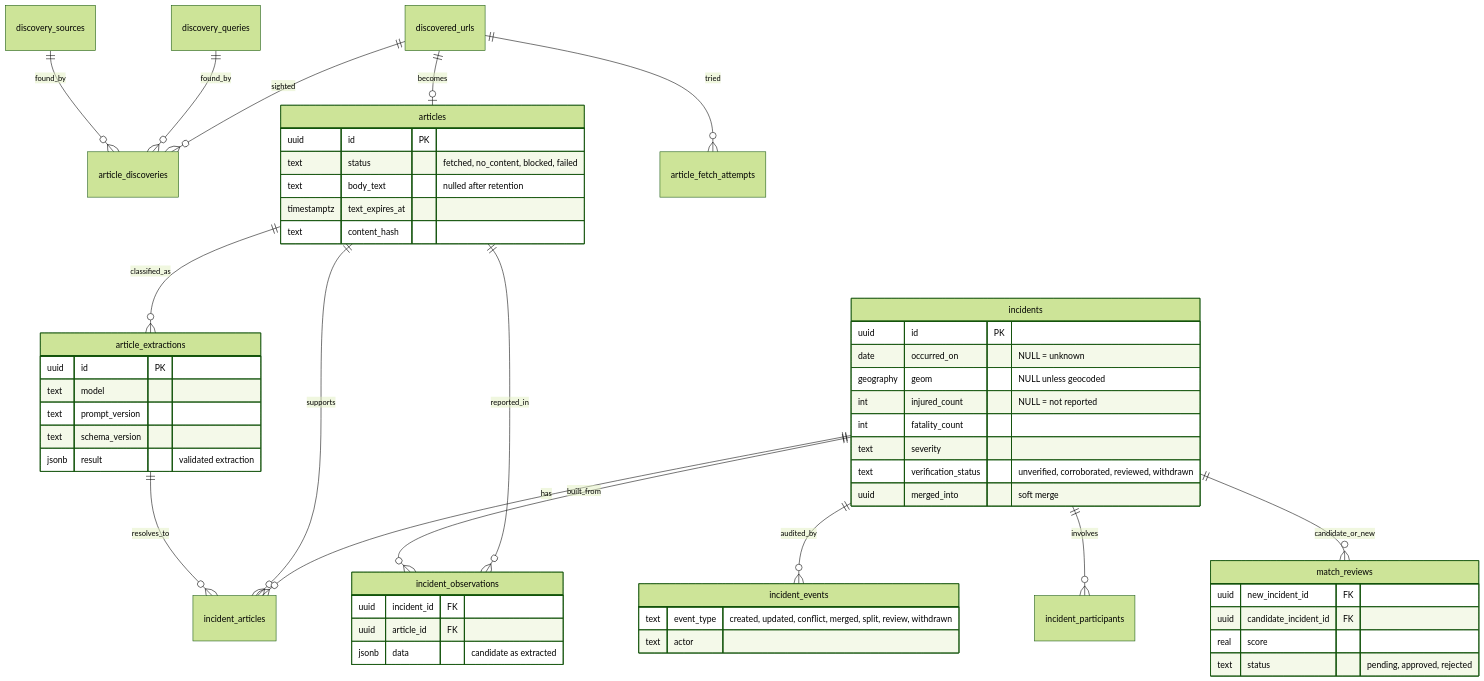
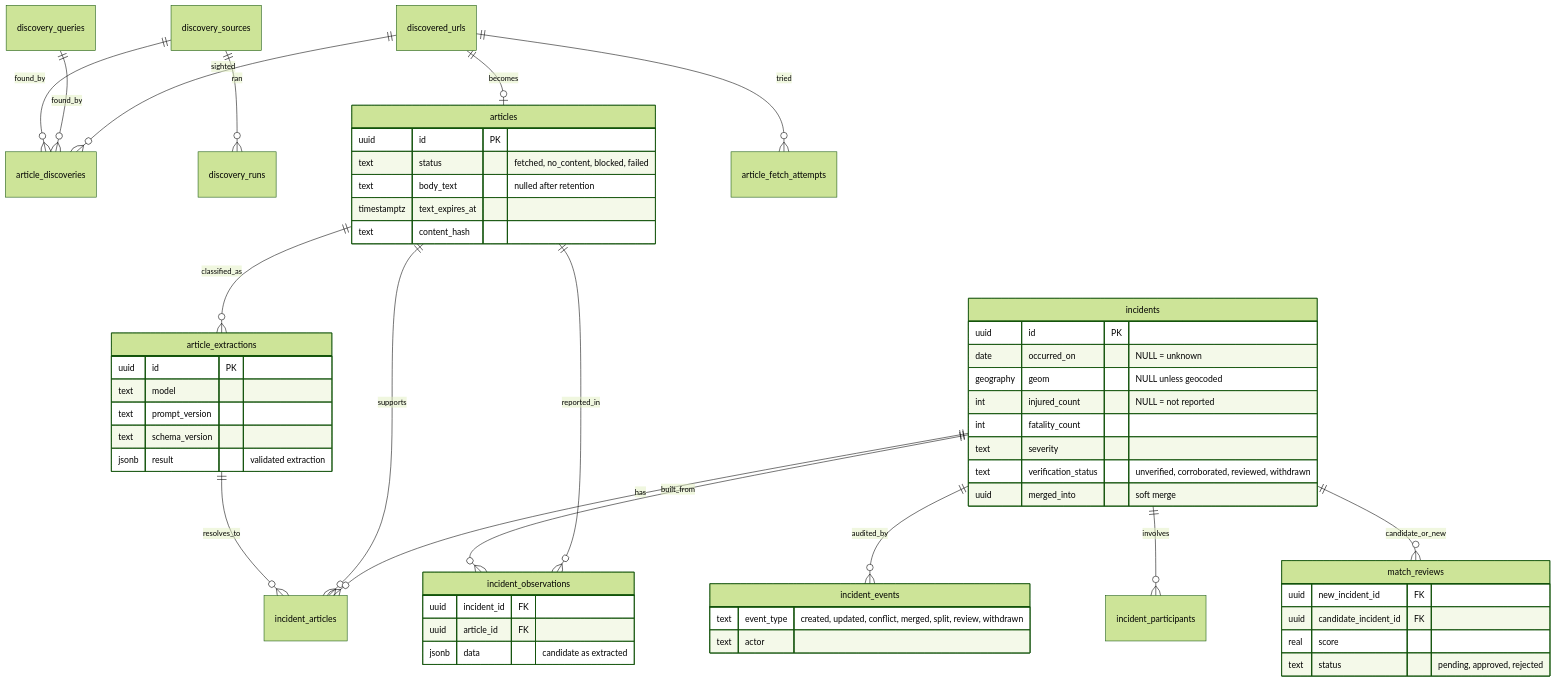
Diagram 12 of 15 in docs/design.md (joshdurbin/vulnerable_user_incident_tracking), drawn with Mermaid (forest theme) before and after one commit. The commit also changed other lines of this file and 9 other files, not shown here.

````diff
--- a/docs/design.md
+++ b/docs/design.md
@@ -278,57 +337,58 @@
 ```mermaid
 erDiagram
   discovery_sources ||--o{ article_discoveries : found_by
   discovery_queries ||--o{ article_discoveries : found_by
+  discovery_sources ||--o{ discovery_runs : ran
   discovered_urls ||--o{ article_discoveries : sighted
   discovered_urls ||--o| articles : becomes
   discovered_urls ||--o{ article_fetch_attempts : tried
   articles ||--o{ article_extractions : classified_as
   article_extractions ||--o{ incident_articles : resolves_to
   articles ||--o{ incident_articles : supports
   incidents ||--o{ incident_articles : has
   incidents ||--o{ incident_observations : built_from
   articles ||--o{ incident_observations : reported_in
   incidents ||--o{ incident_events : audited_by
   incidents ||--o{ incident_participants : involves
   incidents ||--o{ match_reviews : candidate_or_new
 
   articles {
     uuid id PK
     text status "fetched, no_content, blocked, failed"
     text body_text "nulled after retention"
     timestamptz text_expires_at
     text content_hash
   }
   article_extractions {
     uuid id PK
     text model
     text prompt_version
     text schema_version
     jsonb result "validated extraction"
   }
   incidents {
     uuid id PK
     date occurred_on "NULL = unknown"
     geography geom "NULL unless geocoded"
     int injured_count "NULL = not reported"
     int fatality_count
     text severity
     text verification_status "unverified, corroborated, reviewed, withdrawn"
     uuid merged_into "soft merge"
   }
   incident_observations {
     uuid incident_id FK
     uuid article_id FK
     jsonb data "candidate as extracted"
   }
   incident_events {
     text event_type "created, updated, conflict, merged, split, review, withdrawn"
     text actor
   }
   match_reviews {
     uuid new_incident_id FK
     uuid candidate_incident_id FK
     real score
     text status "pending, approved, rejected"
   }
 ```
````
